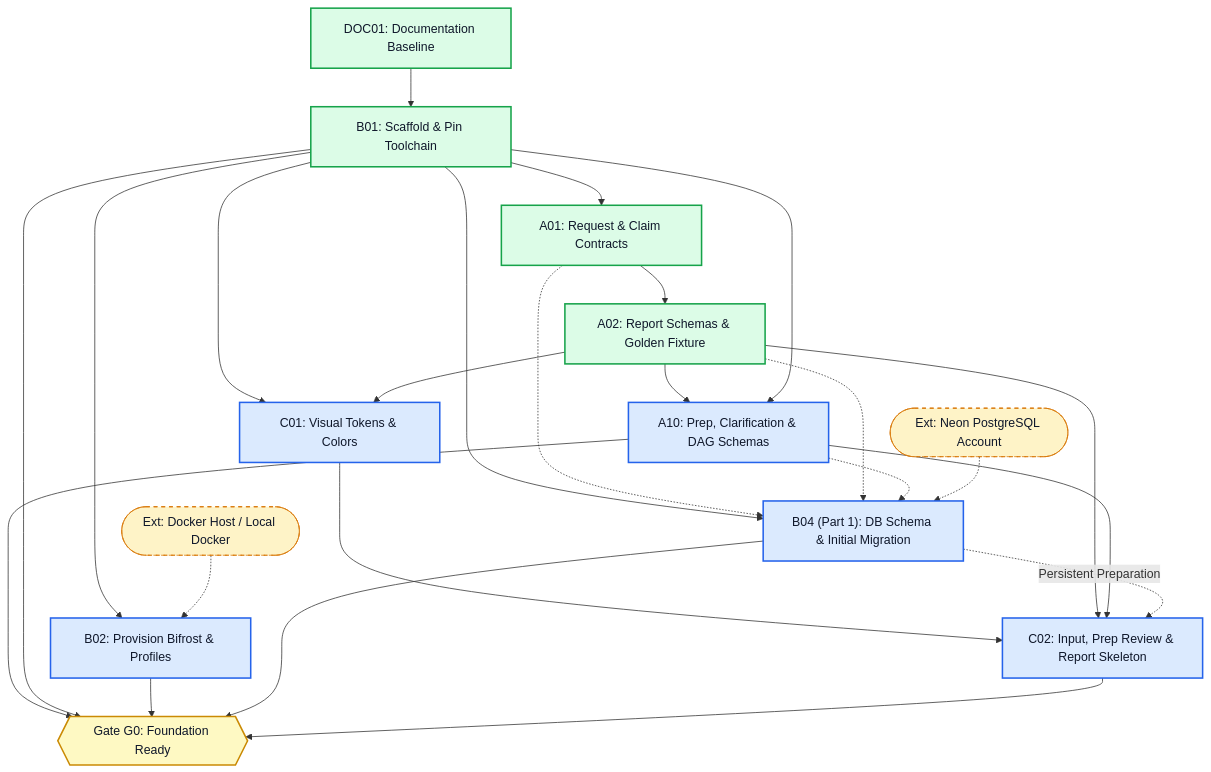
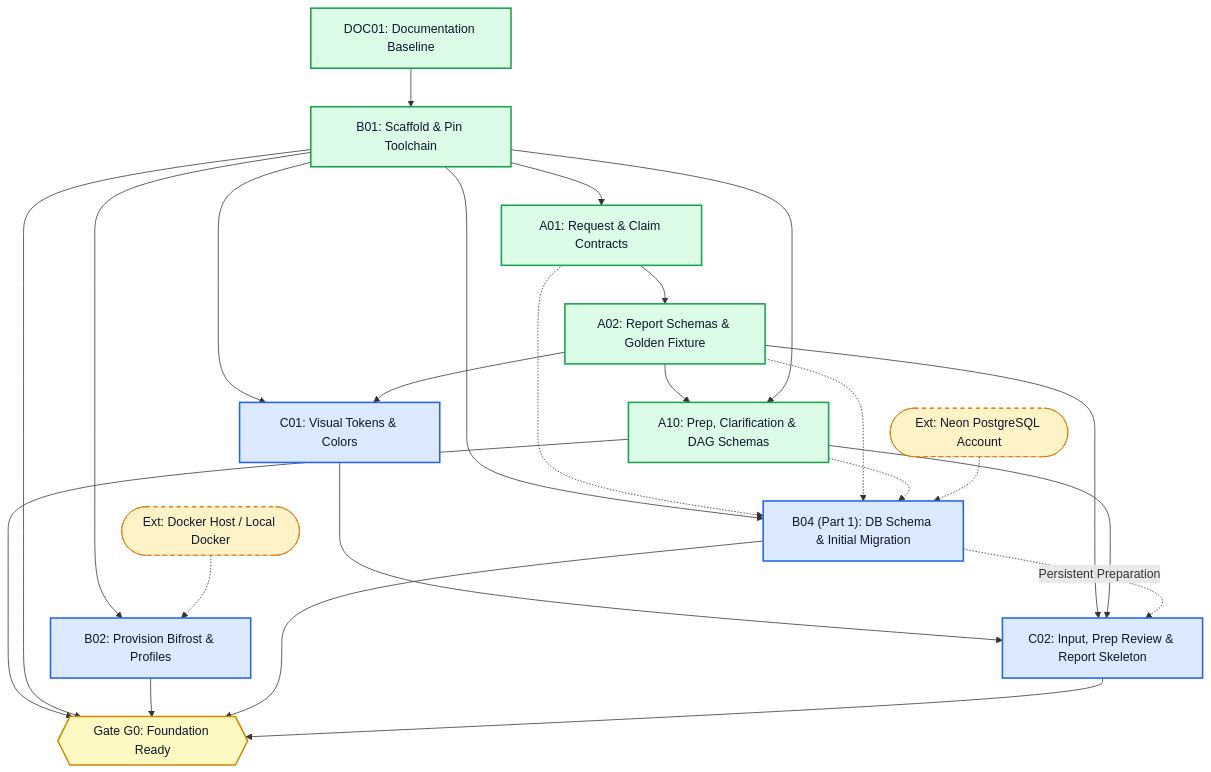
The second of 6 diagrams in docs/PARALLEL-WORK-PLAN.md (Driftaxe/Afterfact), drawn with Mermaid before and after one commit. The commit also changed other lines of this file, not shown here.

Commit message:
docs(planning): update parallel work plan for merged A10 and unblocked tasks

````diff
--- a/docs/PARALLEL-WORK-PLAN.md
+++ b/docs/PARALLEL-WORK-PLAN.md
@@ -129,51 +129,51 @@
 ```mermaid
 flowchart TD
     classDef verified fill:#dcfce7,stroke:#16a34a,stroke-width:2px,color:#0f172a;
     classDef unblocked fill:#dbeafe,stroke:#2563eb,stroke-width:2px,color:#0f172a;
     classDef external fill:#fef3c7,stroke:#d97706,stroke-width:1px,stroke-dasharray: 5 5,color:#0f172a;
     classDef gate fill:#fef9c3,stroke:#ca8a04,stroke-width:2px,color:#0f172a;
 
     DOC01["DOC01: Documentation Baseline"]:::verified
     B01["B01: Scaffold & Pin Toolchain"]:::verified
     A01["A01: Request & Claim Contracts"]:::verified
     A02["A02: Report Schemas & Golden Fixture"]:::verified
-    A10["A10: Prep, Clarification & DAG Schemas"]:::unblocked
+    A10["A10: Prep, Clarification & DAG Schemas"]:::verified
 
     DockerHost(["Ext: Docker Host / Local Docker"]):::external
     B02["B02: Provision Bifrost & Profiles"]:::unblocked
 
     NeonAcct(["Ext: Neon PostgreSQL Account"]):::external
     B04a["B04 (Part 1): DB Schema & Initial Migration"]:::unblocked
 
     C01["C01: Visual Tokens & Colors"]:::unblocked
     C02["C02: Input, Prep Review & Report Skeleton"]:::unblocked
 
     GateG0{{"Gate G0: Foundation Ready"}}:::gate
 
     DOC01 --> B01
     B01 --> A01
     A01 --> A02
     A02 --> A10
     B01 --> A10
     B01 --> B02
     DockerHost -.-> B02
 
     B01 --> B04a
     A01 -.-> B04a
     A02 -.-> B04a
     A10 -.-> B04a
     NeonAcct -.-> B04a
 
     B01 --> C01
     A02 --> C01
     C01 --> C02
     A02 --> C02
     A10 --> C02
     B04a -.->|Persistent Preparation| C02
 
     A10 --> GateG0
     B01 --> GateG0
     B02 --> GateG0
     B04a --> GateG0
     C02 --> GateG0
 ```
````
